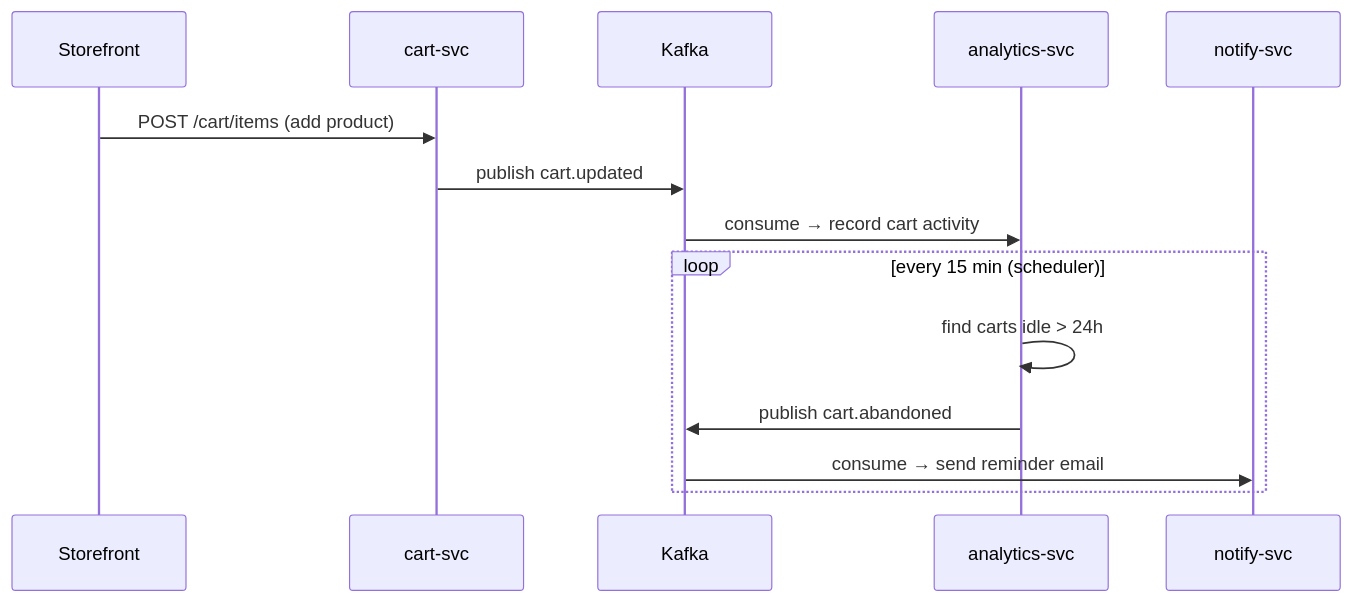
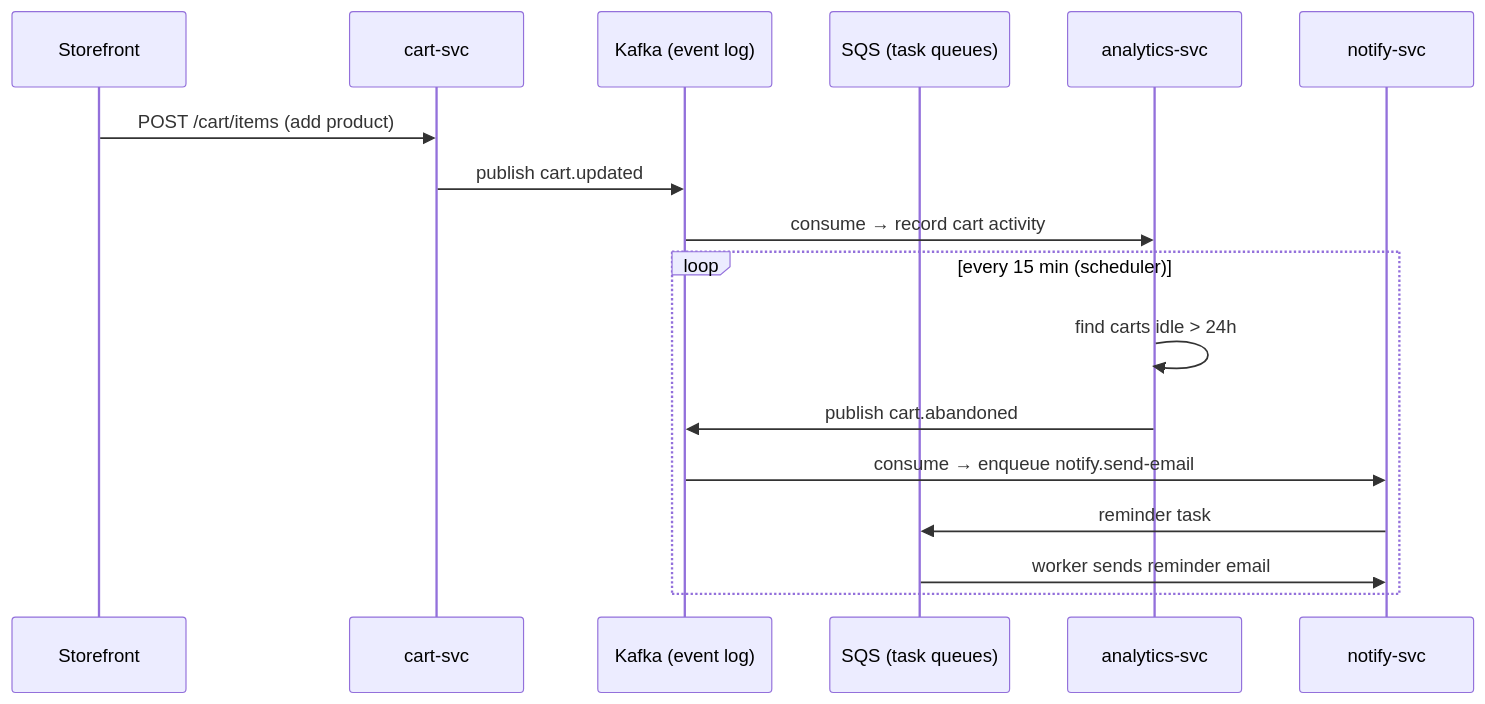
Before and after one commit to E-Commerce-BDA/Documentation: the seventh of 9 diagrams in 1.Architecture.md, drawn with Mermaid. The commit also changed other lines of this file and 12 other files, not shown here.

````diff
--- a/1.Architecture.md
+++ b/1.Architecture.md
@@ -675,17 +683,20 @@
 ```mermaid
 sequenceDiagram
     participant SF as Storefront
     participant CR as cart-svc
-    participant K as Kafka
+    participant K as Kafka (event log)
+    participant Q as SQS (task queues)
     participant AN as analytics-svc
     participant NT as notify-svc
 
     SF->>CR: POST /cart/items (add product)
     CR->>K: publish cart.updated
     K->>AN: consume → record cart activity
     loop every 15 min (scheduler)
         AN->>AN: find carts idle > 24h
         AN->>K: publish cart.abandoned
-        K->>NT: consume → send reminder email
+        K->>NT: consume → enqueue notify.send-email
+        NT->>Q: reminder task
+        Q->>NT: worker sends reminder email
     end
 ```
````
